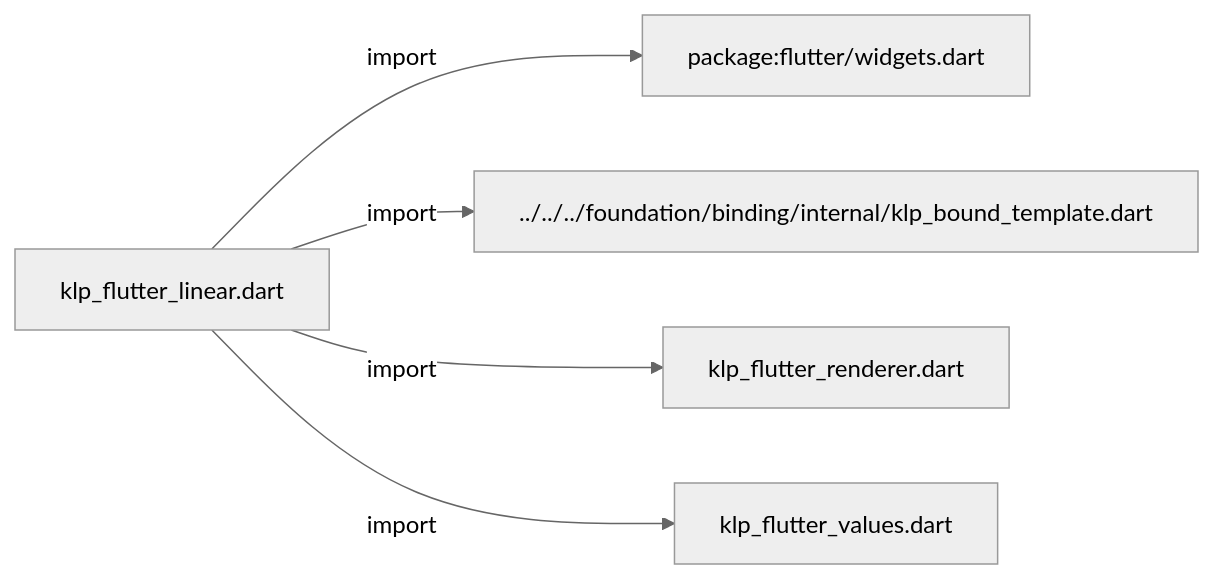
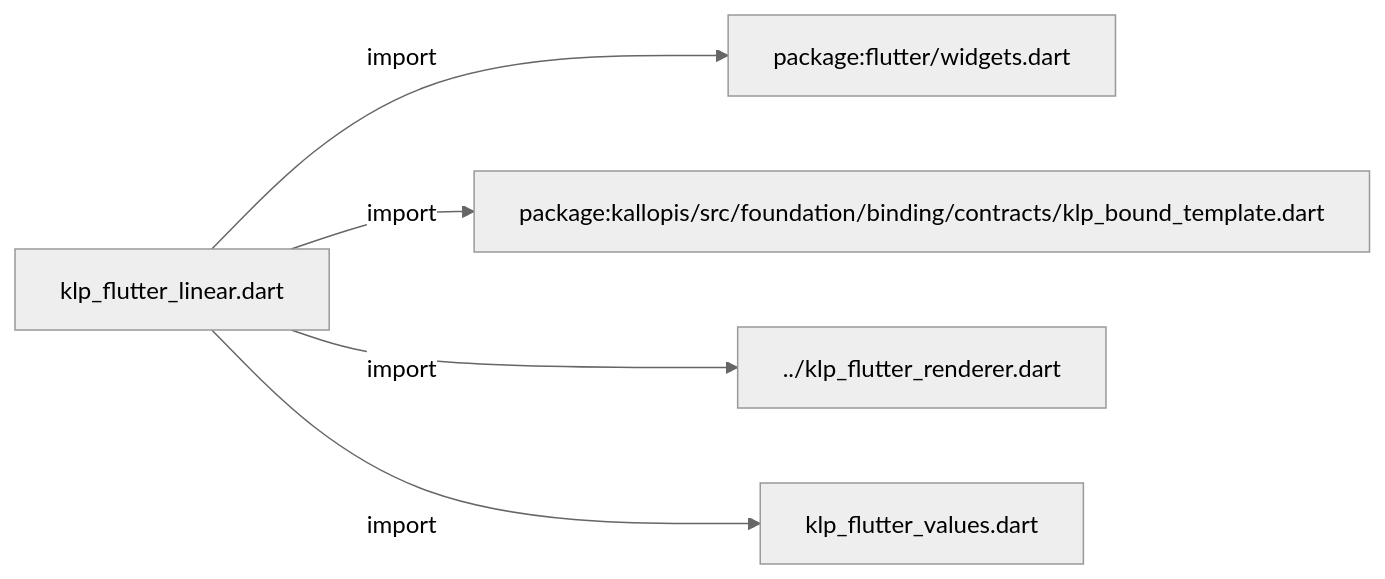
The first of 3 diagrams in docs/architecture/src/rendering/flutter/internal/klp_flutter_linear.md (MiuDog/Kallopis), drawn with Mermaid (neutral theme) before and after one commit. The commit also changed other lines of this file and 9688 other files, not shown here.

Commit message:
Prepare isolated Flow F2 peer baseline

````diff
--- a/docs/architecture/src/rendering/flutter/internal/klp_flutter_linear.md
+++ b/docs/architecture/src/rendering/flutter/internal/klp_flutter_linear.md
@@ -11,12 +11,12 @@
 ```mermaid
 flowchart LR
 	n0["klp_flutter_linear.dart"]
 	n1["package:flutter/widgets.dart"]
-	n2["../../../foundation/binding/internal/klp_bound_template.dart"]
-	n3["klp_flutter_renderer.dart"]
+	n2["package:kallopis/src/foundation/binding/contracts/klp_bound_template.dart"]
+	n3["../klp_flutter_renderer.dart"]
 	n4["klp_flutter_values.dart"]
 	n0 -->|"import"| n1
 	n0 -->|"import"| n2
 	n0 -->|"import"| n3
 	n0 -->|"import"| n4
 ```
````
